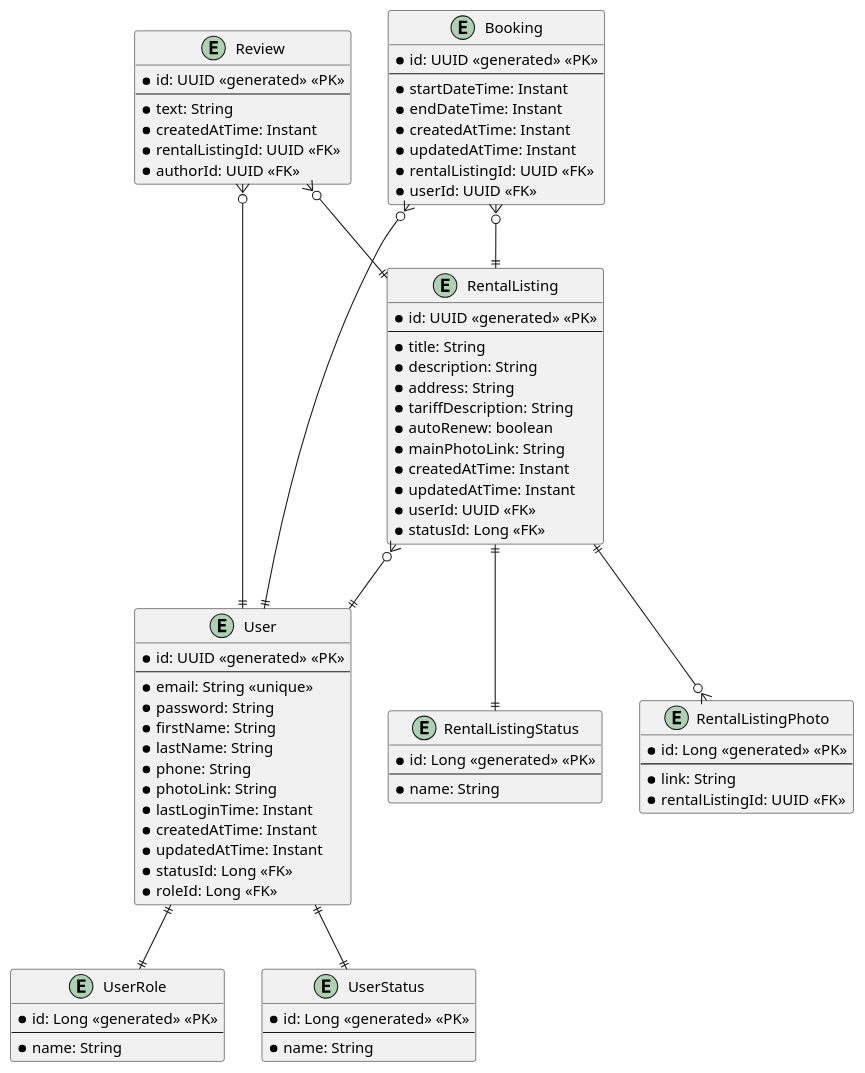
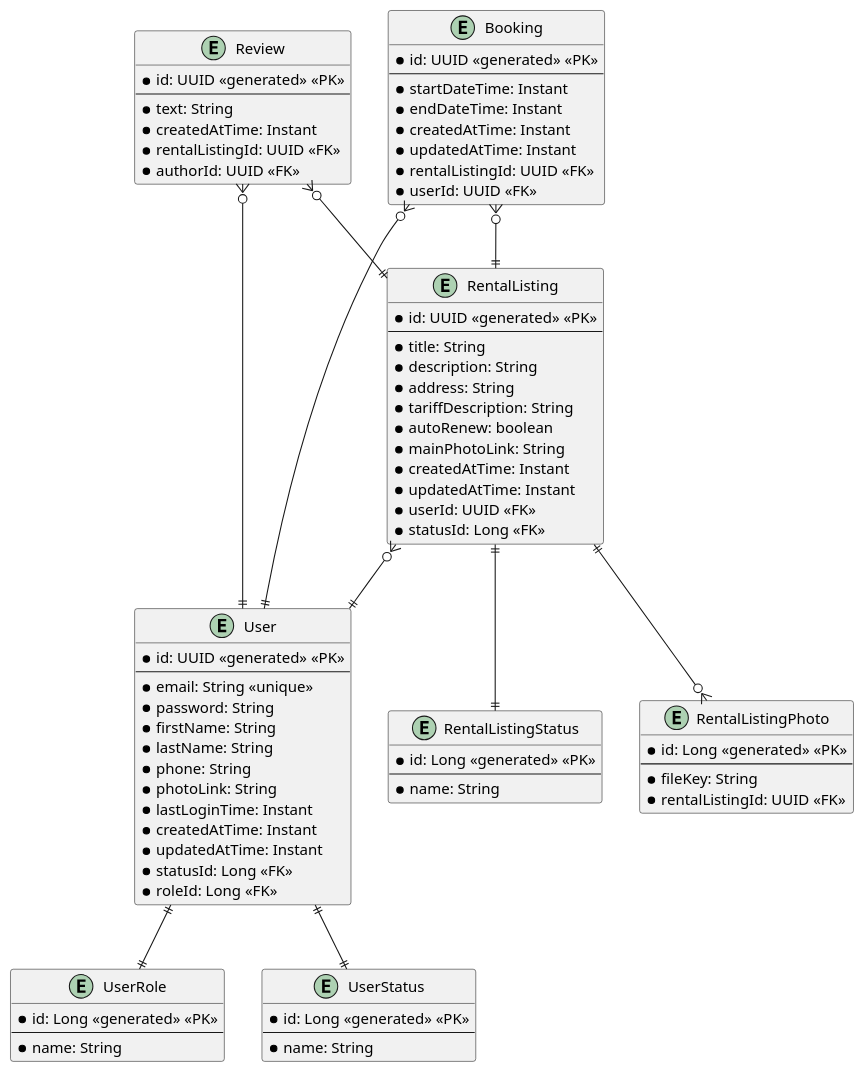
One commit to ruska112x/rentify-diploma changed the diagram in misc/database-minimal.puml. Above: the diagram before and after it, drawn with PlantUML. The commit also changed 6 other files, not shown here.

```diff
--- a/misc/database-minimal.puml
+++ b/misc/database-minimal.puml
@@ -1,104 +1,104 @@
 @startuml database
 allow_mixing
 
 scale max 1920 width
 scale max 1080 height
 
 left to right direction
 top to bottom direction
 
 
 entity "User" as user {
     * id: UUID <<generated>> <<PK>>
     ---
     * email: String <<unique>>
     * password: String
     * firstName: String
     * lastName: String
     * phone: String
     * photoLink: String
     * lastLoginTime: Instant
     * createdAtTime: Instant
     * updatedAtTime: Instant
     * statusId: Long <<FK>>
     * roleId: Long <<FK>>
 }
 
 ' USER, ADMIN, MODERATOR
 entity "UserRole" as userRole {
     * id: Long <<generated>> <<PK>>
     ---
     * name: String
 }
 
 ' ACTIVE, BLOCKED, DELETED
 entity "UserStatus" as userStatus {
     * id: Long <<generated>> <<PK>>
     ---
     * name: String
 }
 
 entity "RentalListing" as rentalListing {
     * id: UUID <<generated>> <<PK>>
     ---
     * title: String
     * description: String
     * address: String
     * tariffDescription: String
     * autoRenew: boolean
     * mainPhotoLink: String
     * createdAtTime: Instant
     * updatedAtTime: Instant
     * userId: UUID <<FK>>
     * statusId: Long <<FK>>
 }
 
 ' ACTIVE, BLOCKED, ONDELETION, DELETED
 entity "RentalListingStatus" as rentalListingStatus {
     * id: Long <<generated>> <<PK>>
     ---
     * name: String
 }
 
 entity "RentalListingPhoto" as rentalListingPhoto {
     * id: Long <<generated>> <<PK>>
     ---
-    * link: String
+    * fileKey: String
     * rentalListingId: UUID <<FK>>
 }
 
 entity "Booking" as booking {
     * id: UUID <<generated>> <<PK>>
     ---
     * startDateTime: Instant
     * endDateTime: Instant
     * createdAtTime: Instant
     * updatedAtTime: Instant
     * rentalListingId: UUID <<FK>>
     * userId: UUID <<FK>>
 }
 
 entity "Review" as review {
     * id: UUID <<generated>> <<PK>>
     ---
     * text: String
     * createdAtTime: Instant
     * rentalListingId: UUID <<FK>>
     * authorId: UUID <<FK>>
 }
 
 user ||--|| userRole
 user ||--|| userStatus
 
 rentalListing }o--|| user
 rentalListing ||--|| rentalListingStatus
 rentalListing ||--o{ rentalListingPhoto
 
 booking }o--|| rentalListing
 booking }o--|| user
 
 review }o--|| user
 review }o--|| rentalListing
 
 
 @enduml
```
